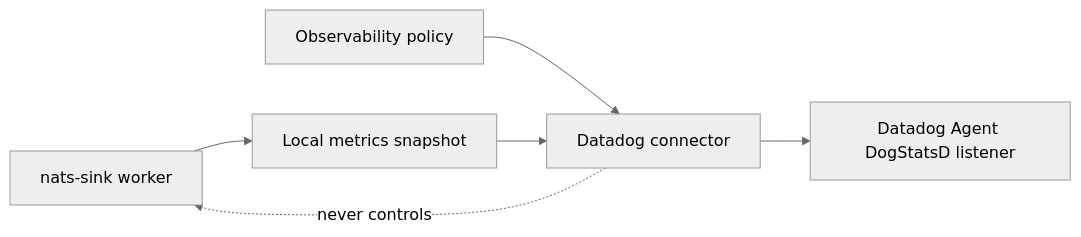
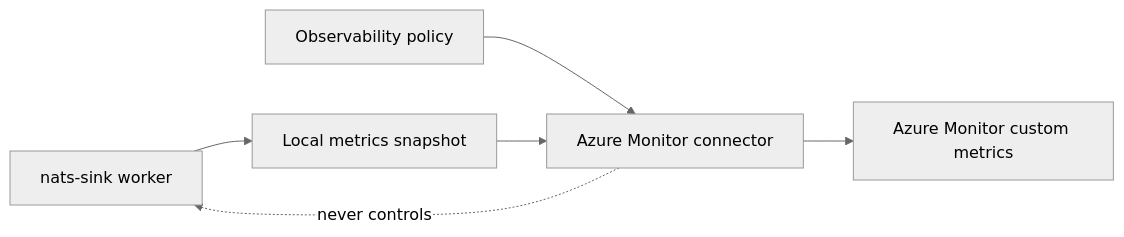
The diagram in docs/test-report.md (ProjectCuillin/nats-sinks), drawn with Mermaid (neutral theme) before and after one commit. The commit also changed other lines of this file and 27 other files, not shown here.

Commit message:
Add Azure Monitor observability connector

````diff
--- a/docs/test-report.md
+++ b/docs/test-report.md
@@ -31,8 +33,8 @@
 ```mermaid
 flowchart LR
     Runner[nats-sink worker] --> Snapshot[Local metrics snapshot]
-    Policy[Observability policy] --> Datadog[Datadog connector]
-    Snapshot --> Datadog
-    Datadog --> Agent[Datadog Agent DogStatsD listener]
-    Datadog -. never controls .-> Runner
+    Policy[Observability policy] --> Azure[Azure Monitor connector]
+    Snapshot --> Azure
+    Azure --> Metrics[Azure Monitor custom metrics]
+    Azure -. never controls .-> Runner
 ```
````
